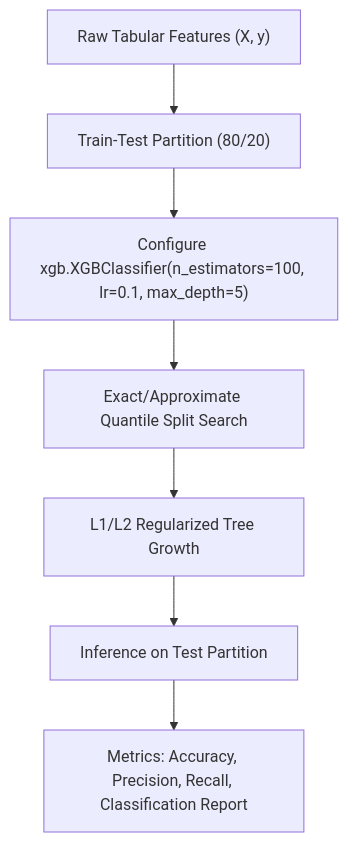
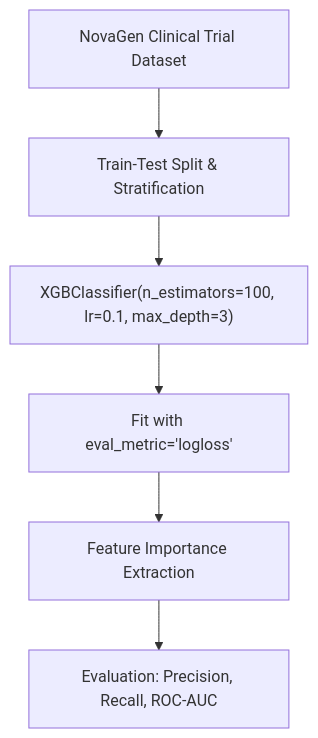
Before and after one commit to S1h2i3v4a/AI_ML: the diagram in lecture_30/Notes_30.08/README.md, drawn with Mermaid. The commit also changed other lines of this file and 57 other files, not shown here.

````diff
--- a/lecture_30/Notes_30.08/README.md
+++ b/lecture_30/Notes_30.08/README.md
@@ -18,9 +45,8 @@
 ```mermaid
 flowchart TD
-    A["Raw Tabular Features (X, y)"] --> B["Train-Test Partition (80/20)"]
-    B --> C["Configure xgb.XGBClassifier(n_estimators=100, lr=0.1, max_depth=5)"]
-    C --> D["Exact/Approximate Quantile Split Search"]
-    D --> E["L1/L2 Regularized Tree Growth"]
-    E --> F["Inference on Test Partition"]
-    F --> G["Metrics: Accuracy, Precision, Recall, Classification Report"]
+    A["NovaGen Clinical Trial Dataset"] --> B["Train-Test Split & Stratification"]
+    B --> C["XGBClassifier(n_estimators=100, lr=0.1, max_depth=3)"]
+    C --> D["Fit with eval_metric='logloss'"]
+    D --> E["Feature Importance Extraction"]
+    E --> F["Evaluation: Precision, Recall, ROC-AUC"]
 ```
````
